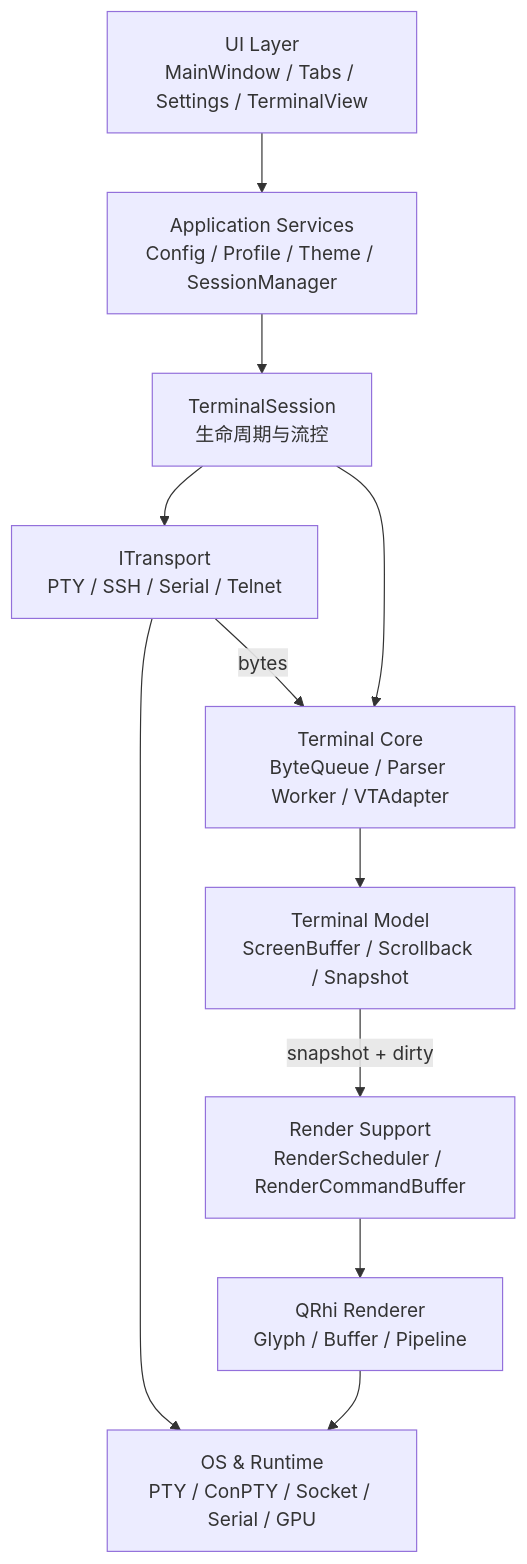
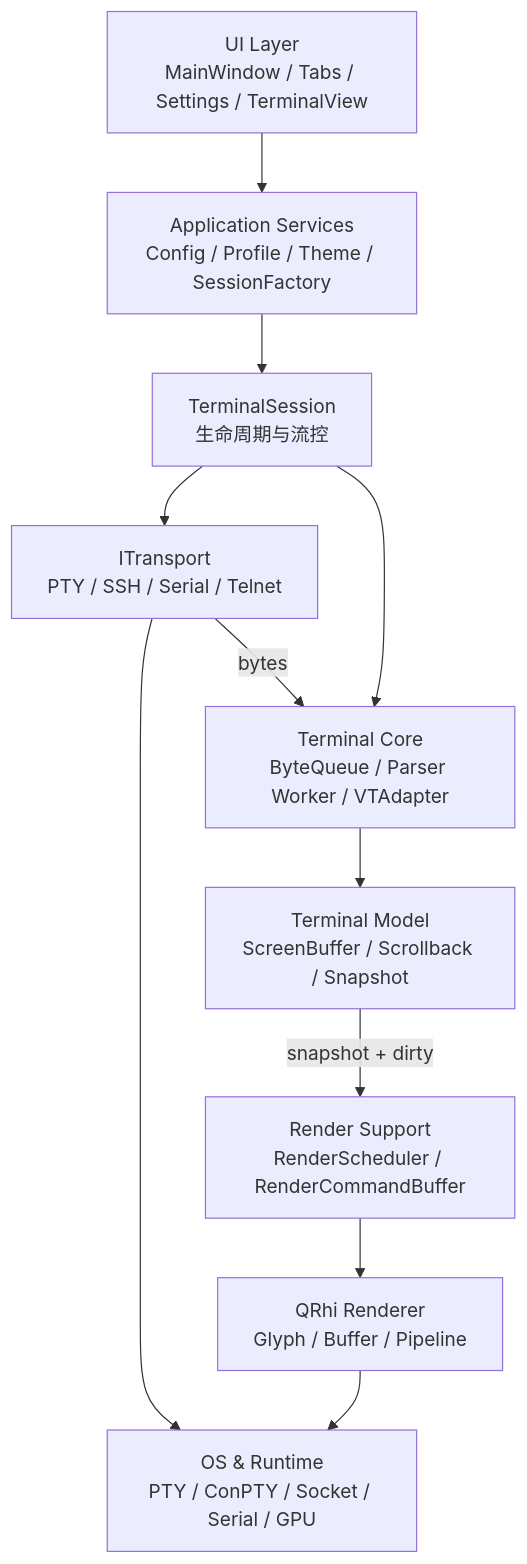
One commit to han-shao-jun/NovaTerm changed the first of 5 diagrams in docs/ARCHITECTURE.md. Above: the diagram before and after it, drawn with Mermaid. The commit also changed other lines of this file and 3 other files, not shown here.

````diff
--- a/docs/ARCHITECTURE.md
+++ b/docs/ARCHITECTURE.md
@@ -47,23 +47,23 @@
 ```mermaid
 flowchart TB
     UI[UI Layer<br/>MainWindow / Tabs / Settings / TerminalView]
-    APP[Application Services<br/>Config / Profile / Theme / SessionManager]
+    APP[Application Services<br/>Config / Profile / Theme / SessionFactory]
     SES[TerminalSession<br/>生命周期与流控]
     TR[ITransport<br/>PTY / SSH / Serial / Telnet]
     CORE[Terminal Core<br/>ByteQueue / Parser Worker / VTAdapter]
     MODEL[Terminal Model<br/>ScreenBuffer / Scrollback / Snapshot]
     RS[Render Support<br/>RenderScheduler / RenderCommandBuffer]
     GPU[QRhi Renderer<br/>Glyph / Buffer / Pipeline]
     OS[OS & Runtime<br/>PTY / ConPTY / Socket / Serial / GPU]
 
     UI --> APP
     APP --> SES
     SES --> TR
     SES --> CORE
     TR --> OS
     TR -->|bytes| CORE
     CORE --> MODEL
     MODEL -->|snapshot + dirty| RS
     RS --> GPU
     GPU --> OS
 ```
````
